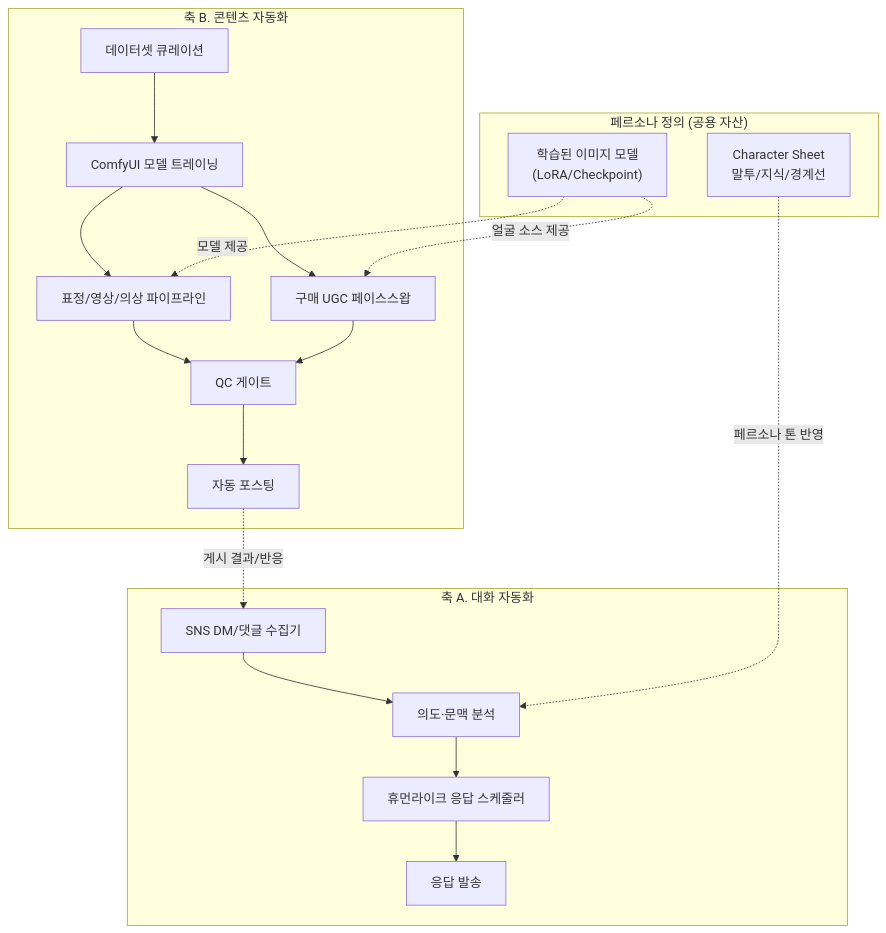
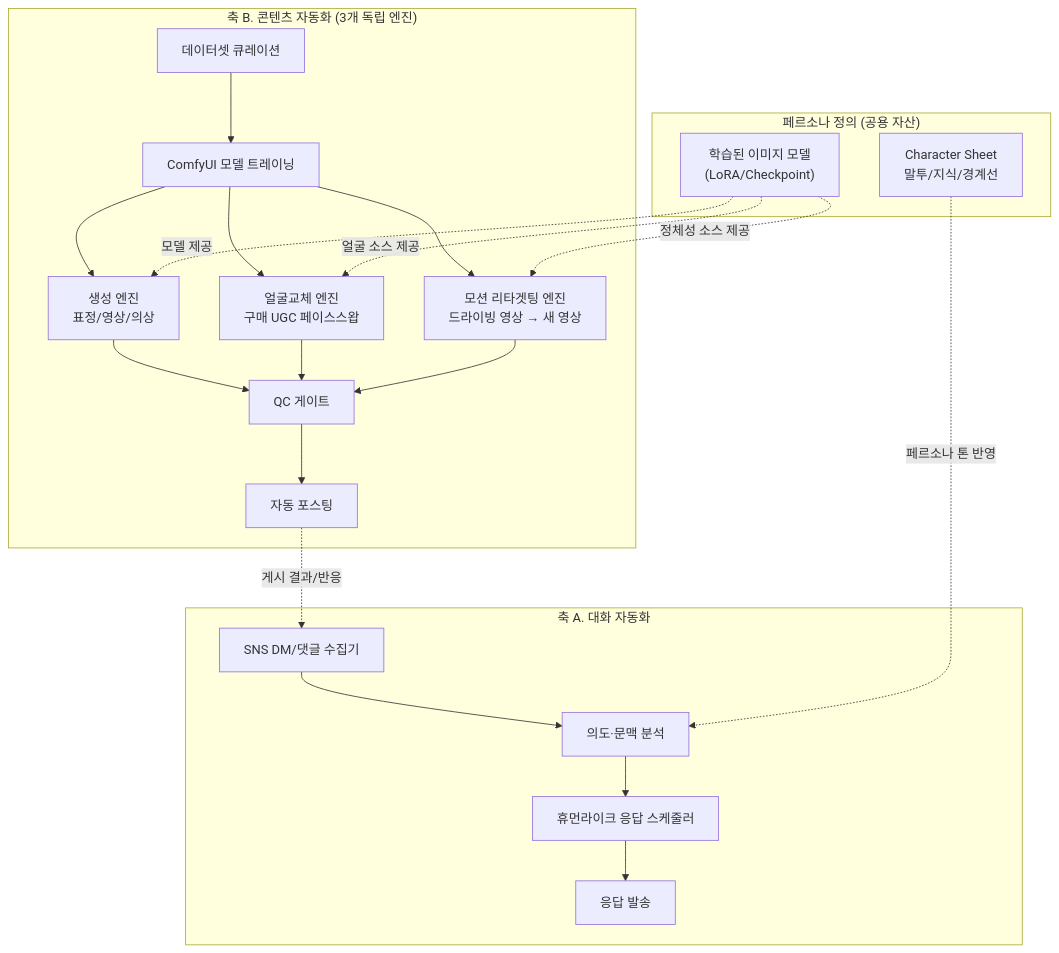
The first of 2 diagrams in docs/ARCHITECTURE.md (Benji5526/ai-persona-sns-automation), drawn with Mermaid before and after one commit. The commit also changed other lines of this file and 1 other file, not shown here.

Commit message:
Propagate 3-engine content split into ARCHITECTURE.md and blueprint
ARCHITECTURE.md's system-map diagram, batch-boundary table, and
queue diagram now show the motion retargeting engine as a third
independent path alongside generation and faceswap (previously only
listed in the component table). blueprint/index.html Sheet 3 gets
the same third path (driving video -> rights gate -> motion
retarget -> QC), matching the pipeline simulator; Sheet 1 and Sheet
4 labels updated to stop implying only two content engines exist.

````diff
--- a/docs/ARCHITECTURE.md
+++ b/docs/ARCHITECTURE.md
@@ -9,32 +9,35 @@
 ```mermaid
 flowchart TB
     subgraph PERSONA["페르소나 정의 (공용 자산)"]
         P1["Character Sheet<br/>말투/지식/경계선"]
         P2["학습된 이미지 모델<br/>(LoRA/Checkpoint)"]
     end
 
     subgraph CONV["축 A. 대화 자동화"]
         A1[SNS DM/댓글 수집기]
         A2[의도·문맥 분석]
         A3[휴먼라이크 응답 스케줄러]
         A4[응답 발송]
         A1 --> A2 --> A3 --> A4
     end
 
-    subgraph CONTENT["축 B. 콘텐츠 자동화"]
+    subgraph CONTENT["축 B. 콘텐츠 자동화 (3개 독립 엔진)"]
         B1[데이터셋 큐레이션]
         B2[ComfyUI 모델 트레이닝]
-        B3[표정/영상/의상 파이프라인]
-        B4[구매 UGC 페이스스왑]
+        B3["생성 엔진<br/>표정/영상/의상"]
+        B4["얼굴교체 엔진<br/>구매 UGC 페이스스왑"]
+        B4b["모션 리타겟팅 엔진<br/>드라이빙 영상 → 새 영상"]
         B5[QC 게이트]
         B6[자동 포스팅]
         B1 --> B2 --> B3 --> B5
         B2 --> B4 --> B5
+        B2 --> B4b --> B5
         B5 --> B6
     end
 
     P1 -.페르소나 톤 반영.-> A2
     P2 -.모델 제공.-> B3
     P2 -.얼굴 소스 제공.-> B4
+    P2 -.정체성 소스 제공.-> B4b
     B6 -.게시 결과/반응.-> A1
 ```
````
